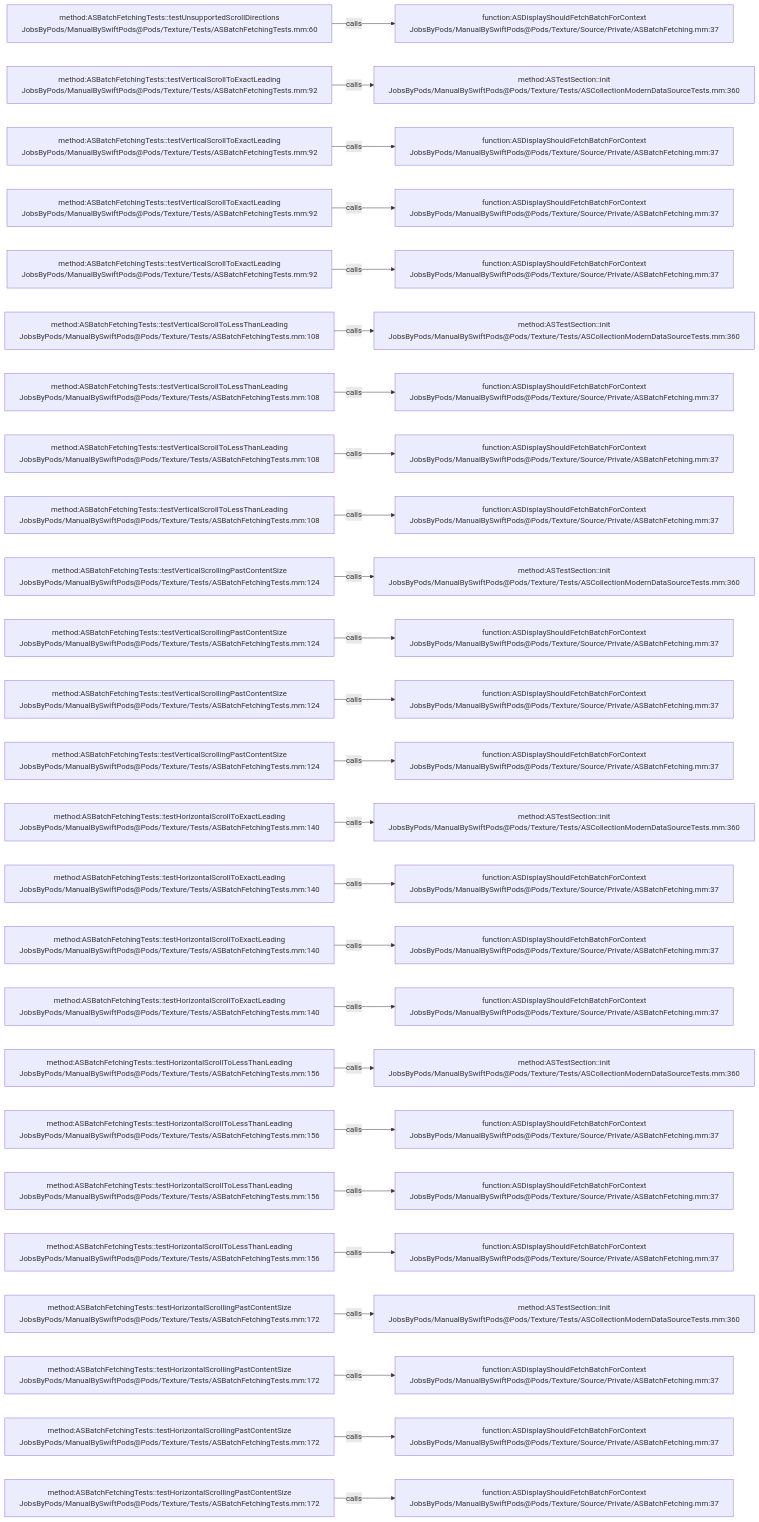
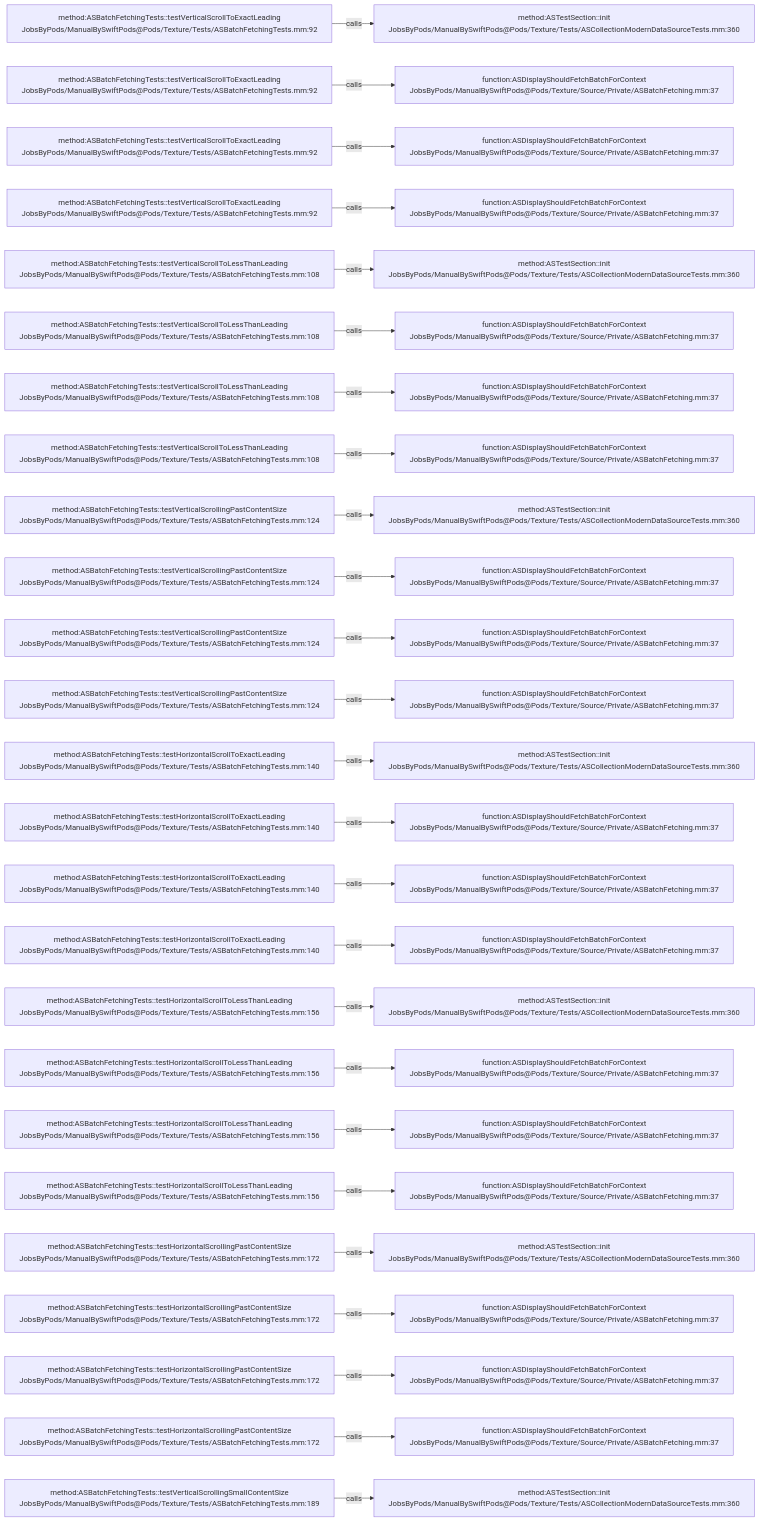
One commit to JobsKits/JobsSwiftBaseConfigDemo changed the diagram in .codegraph/codegraph.md/graphs/calls-162.md. Above: the diagram before and after it, drawn with Mermaid. The commit also changed 747 other files, not shown here.

````diff
--- a/.codegraph/codegraph.md/graphs/calls-162.md
+++ b/.codegraph/codegraph.md/graphs/calls-162.md
@@ -13,78 +13,78 @@
 ```mermaid
 flowchart LR
-  S1["method:ASBatchFetchingTests::testUnsupportedScrollDirections<br/>JobsByPods/ManualBySwiftPods@Pods/Texture/Tests/ASBatchFetchingTests.mm:60"]
-  T1["function:ASDisplayShouldFetchBatchForContext<br/>JobsByPods/ManualBySwiftPods@Pods/Texture/Source/Private/ASBatchFetching.mm:37"]
+  S1["method:ASBatchFetchingTests::testVerticalScrollToExactLeading<br/>JobsByPods/ManualBySwiftPods@Pods/Texture/Tests/ASBatchFetchingTests.mm:92"]
+  T1["method:ASTestSection::init<br/>JobsByPods/ManualBySwiftPods@Pods/Texture/Tests/ASCollectionModernDataSourceTests.mm:360"]
   S1 -->|calls| T1
   S2["method:ASBatchFetchingTests::testVerticalScrollToExactLeading<br/>JobsByPods/ManualBySwiftPods@Pods/Texture/Tests/ASBatchFetchingTests.mm:92"]
-  T2["method:ASTestSection::init<br/>JobsByPods/ManualBySwiftPods@Pods/Texture/Tests/ASCollectionModernDataSourceTests.mm:360"]
+  T2["function:ASDisplayShouldFetchBatchForContext<br/>JobsByPods/ManualBySwiftPods@Pods/Texture/Source/Private/ASBatchFetching.mm:37"]
   S2 -->|calls| T2
   S3["method:ASBatchFetchingTests::testVerticalScrollToExactLeading<br/>JobsByPods/ManualBySwiftPods@Pods/Texture/Tests/ASBatchFetchingTests.mm:92"]
   T3["function:ASDisplayShouldFetchBatchForContext<br/>JobsByPods/ManualBySwiftPods@Pods/Texture/Source/Private/ASBatchFetching.mm:37"]
   S3 -->|calls| T3
   S4["method:ASBatchFetchingTests::testVerticalScrollToExactLeading<br/>JobsByPods/ManualBySwiftPods@Pods/Texture/Tests/ASBatchFetchingTests.mm:92"]
   T4["function:ASDisplayShouldFetchBatchForContext<br/>JobsByPods/ManualBySwiftPods@Pods/Texture/Source/Private/ASBatchFetching.mm:37"]
   S4 -->|calls| T4
-  S5["method:ASBatchFetchingTests::testVerticalScrollToExactLeading<br/>JobsByPods/ManualBySwiftPods@Pods/Texture/Tests/ASBatchFetchingTests.mm:92"]
-  T5["function:ASDisplayShouldFetchBatchForContext<br/>JobsByPods/ManualBySwiftPods@Pods/Texture/Source/Private/ASBatchFetching.mm:37"]
+  S5["method:ASBatchFetchingTests::testVerticalScrollToLessThanLeading<br/>JobsByPods/ManualBySwiftPods@Pods/Texture/Tests/ASBatchFetchingTests.mm:108"]
+  T5["method:ASTestSection::init<br/>JobsByPods/ManualBySwiftPods@Pods/Texture/Tests/ASCollectionModernDataSourceTests.mm:360"]
   S5 -->|calls| T5
   S6["method:ASBatchFetchingTests::testVerticalScrollToLessThanLeading<br/>JobsByPods/ManualBySwiftPods@Pods/Texture/Tests/ASBatchFetchingTests.mm:108"]
-  T6["method:ASTestSection::init<br/>JobsByPods/ManualBySwiftPods@Pods/Texture/Tests/ASCollectionModernDataSourceTests.mm:360"]
+  T6["function:ASDisplayShouldFetchBatchForContext<br/>JobsByPods/ManualBySwiftPods@Pods/Texture/Source/Private/ASBatchFetching.mm:37"]
   S6 -->|calls| T6
   S7["method:ASBatchFetchingTests::testVerticalScrollToLessThanLeading<br/>JobsByPods/ManualBySwiftPods@Pods/Texture/Tests/ASBatchFetchingTests.mm:108"]
   T7["function:ASDisplayShouldFetchBatchForContext<br/>JobsByPods/ManualBySwiftPods@Pods/Texture/Source/Private/ASBatchFetching.mm:37"]
   S7 -->|calls| T7
   S8["method:ASBatchFetchingTests::testVerticalScrollToLessThanLeading<br/>JobsByPods/ManualBySwiftPods@Pods/Texture/Tests/ASBatchFetchingTests.mm:108"]
   T8["function:ASDisplayShouldFetchBatchForContext<br/>JobsByPods/ManualBySwiftPods@Pods/Texture/Source/Private/ASBatchFetching.mm:37"]
   S8 -->|calls| T8
-  S9["method:ASBatchFetchingTests::testVerticalScrollToLessThanLeading<br/>JobsByPods/ManualBySwiftPods@Pods/Texture/Tests/ASBatchFetchingTests.mm:108"]
-  T9["function:ASDisplayShouldFetchBatchForContext<br/>JobsByPods/ManualBySwiftPods@Pods/Texture/Source/Private/ASBatchFetching.mm:37"]
+  S9["method:ASBatchFetchingTests::testVerticalScrollingPastContentSize<br/>JobsByPods/ManualBySwiftPods@Pods/Texture/Tests/ASBatchFetchingTests.mm:124"]
+  T9["method:ASTestSection::init<br/>JobsByPods/ManualBySwiftPods@Pods/Texture/Tests/ASCollectionModernDataSourceTests.mm:360"]
   S9 -->|calls| T9
   S10["method:ASBatchFetchingTests::testVerticalScrollingPastContentSize<br/>JobsByPods/ManualBySwiftPods@Pods/Texture/Tests/ASBatchFetchingTests.mm:124"]
-  T10["method:ASTestSection::init<br/>JobsByPods/ManualBySwiftPods@Pods/Texture/Tests/ASCollectionModernDataSourceTests.mm:360"]
+  T10["function:ASDisplayShouldFetchBatchForContext<br/>JobsByPods/ManualBySwiftPods@Pods/Texture/Source/Private/ASBatchFetching.mm:37"]
   S10 -->|calls| T10
   S11["method:ASBatchFetchingTests::testVerticalScrollingPastContentSize<br/>JobsByPods/ManualBySwiftPods@Pods/Texture/Tests/ASBatchFetchingTests.mm:124"]
   T11["function:ASDisplayShouldFetchBatchForContext<br/>JobsByPods/ManualBySwiftPods@Pods/Texture/Source/Private/ASBatchFetching.mm:37"]
   S11 -->|calls| T11
   S12["method:ASBatchFetchingTests::testVerticalScrollingPastContentSize<br/>JobsByPods/ManualBySwiftPods@Pods/Texture/Tests/ASBatchFetchingTests.mm:124"]
   T12["function:ASDisplayShouldFetchBatchForContext<br/>JobsByPods/ManualBySwiftPods@Pods/Texture/Source/Private/ASBatchFetching.mm:37"]
   S12 -->|calls| T12
-  S13["method:ASBatchFetchingTests::testVerticalScrollingPastContentSize<br/>JobsByPods/ManualBySwiftPods@Pods/Texture/Tests/ASBatchFetchingTests.mm:124"]
-  T13["function:ASDisplayShouldFetchBatchForContext<br/>JobsByPods/ManualBySwiftPods@Pods/Texture/Source/Private/ASBatchFetching.mm:37"]
+  S13["method:ASBatchFetchingTests::testHorizontalScrollToExactLeading<br/>JobsByPods/ManualBySwiftPods@Pods/Texture/Tests/ASBatchFetchingTests.mm:140"]
+  T13["method:ASTestSection::init<br/>JobsByPods/ManualBySwiftPods@Pods/Texture/Tests/ASCollectionModernDataSourceTests.mm:360"]
   S13 -->|calls| T13
   S14["method:ASBatchFetchingTests::testHorizontalScrollToExactLeading<br/>JobsByPods/ManualBySwiftPods@Pods/Texture/Tests/ASBatchFetchingTests.mm:140"]
-  T14["method:ASTestSection::init<br/>JobsByPods/ManualBySwiftPods@Pods/Texture/Tests/ASCollectionModernDataSourceTests.mm:360"]
+  T14["function:ASDisplayShouldFetchBatchForContext<br/>JobsByPods/ManualBySwiftPods@Pods/Texture/Source/Private/ASBatchFetching.mm:37"]
   S14 -->|calls| T14
   S15["method:ASBatchFetchingTests::testHorizontalScrollToExactLeading<br/>JobsByPods/ManualBySwiftPods@Pods/Texture/Tests/ASBatchFetchingTests.mm:140"]
   T15["function:ASDisplayShouldFetchBatchForContext<br/>JobsByPods/ManualBySwiftPods@Pods/Texture/Source/Private/ASBatchFetching.mm:37"]
   S15 -->|calls| T15
   S16["method:ASBatchFetchingTests::testHorizontalScrollToExactLeading<br/>JobsByPods/ManualBySwiftPods@Pods/Texture/Tests/ASBatchFetchingTests.mm:140"]
   T16["function:ASDisplayShouldFetchBatchForContext<br/>JobsByPods/ManualBySwiftPods@Pods/Texture/Source/Private/ASBatchFetching.mm:37"]
   S16 -->|calls| T16
-  S17["method:ASBatchFetchingTests::testHorizontalScrollToExactLeading<br/>JobsByPods/ManualBySwiftPods@Pods/Texture/Tests/ASBatchFetchingTests.mm:140"]
-  T17["function:ASDisplayShouldFetchBatchForContext<br/>JobsByPods/ManualBySwiftPods@Pods/Texture/Source/Private/ASBatchFetching.mm:37"]
+  S17["method:ASBatchFetchingTests::testHorizontalScrollToLessThanLeading<br/>JobsByPods/ManualBySwiftPods@Pods/Texture/Tests/ASBatchFetchingTests.mm:156"]
+  T17["method:ASTestSection::init<br/>JobsByPods/ManualBySwiftPods@Pods/Texture/Tests/ASCollectionModernDataSourceTests.mm:360"]
   S17 -->|calls| T17
   S18["method:ASBatchFetchingTests::testHorizontalScrollToLessThanLeading<br/>JobsByPods/ManualBySwiftPods@Pods/Texture/Tests/ASBatchFetchingTests.mm:156"]
-  T18["method:ASTestSection::init<br/>JobsByPods/ManualBySwiftPods@Pods/Texture/Tests/ASCollectionModernDataSourceTests.mm:360"]
+  T18["function:ASDisplayShouldFetchBatchForContext<br/>JobsByPods/ManualBySwiftPods@Pods/Texture/Source/Private/ASBatchFetching.mm:37"]
   S18 -->|calls| T18
   S19["method:ASBatchFetchingTests::testHorizontalScrollToLessThanLeading<br/>JobsByPods/ManualBySwiftPods@Pods/Texture/Tests/ASBatchFetchingTests.mm:156"]
   T19["function:ASDisplayShouldFetchBatchForContext<br/>JobsByPods/ManualBySwiftPods@Pods/Texture/Source/Private/ASBatchFetching.mm:37"]
   S19 -->|calls| T19
   S20["method:ASBatchFetchingTests::testHorizontalScrollToLessThanLeading<br/>JobsByPods/ManualBySwiftPods@Pods/Texture/Tests/ASBatchFetchingTests.mm:156"]
   T20["function:ASDisplayShouldFetchBatchForContext<br/>JobsByPods/ManualBySwiftPods@Pods/Texture/Source/Private/ASBatchFetching.mm:37"]
   S20 -->|calls| T20
-  S21["method:ASBatchFetchingTests::testHorizontalScrollToLessThanLeading<br/>JobsByPods/ManualBySwiftPods@Pods/Texture/Tests/ASBatchFetchingTests.mm:156"]
-  T21["function:ASDisplayShouldFetchBatchForContext<br/>JobsByPods/ManualBySwiftPods@Pods/Texture/Source/Private/ASBatchFetching.mm:37"]
+  S21["method:ASBatchFetchingTests::testHorizontalScrollingPastContentSize<br/>JobsByPods/ManualBySwiftPods@Pods/Texture/Tests/ASBatchFetchingTests.mm:172"]
+  T21["method:ASTestSection::init<br/>JobsByPods/ManualBySwiftPods@Pods/Texture/Tests/ASCollectionModernDataSourceTests.mm:360"]
   S21 -->|calls| T21
   S22["method:ASBatchFetchingTests::testHorizontalScrollingPastContentSize<br/>JobsByPods/ManualBySwiftPods@Pods/Texture/Tests/ASBatchFetchingTests.mm:172"]
-  T22["method:ASTestSection::init<br/>JobsByPods/ManualBySwiftPods@Pods/Texture/Tests/ASCollectionModernDataSourceTests.mm:360"]
+  T22["function:ASDisplayShouldFetchBatchForContext<br/>JobsByPods/ManualBySwiftPods@Pods/Texture/Source/Private/ASBatchFetching.mm:37"]
   S22 -->|calls| T22
   S23["method:ASBatchFetchingTests::testHorizontalScrollingPastContentSize<br/>JobsByPods/ManualBySwiftPods@Pods/Texture/Tests/ASBatchFetchingTests.mm:172"]
   T23["function:ASDisplayShouldFetchBatchForContext<br/>JobsByPods/ManualBySwiftPods@Pods/Texture/Source/Private/ASBatchFetching.mm:37"]
   S23 -->|calls| T23
   S24["method:ASBatchFetchingTests::testHorizontalScrollingPastContentSize<br/>JobsByPods/ManualBySwiftPods@Pods/Texture/Tests/ASBatchFetchingTests.mm:172"]
   T24["function:ASDisplayShouldFetchBatchForContext<br/>JobsByPods/ManualBySwiftPods@Pods/Texture/Source/Private/ASBatchFetching.mm:37"]
   S24 -->|calls| T24
-  S25["method:ASBatchFetchingTests::testHorizontalScrollingPastContentSize<br/>JobsByPods/ManualBySwiftPods@Pods/Texture/Tests/ASBatchFetchingTests.mm:172"]
-  T25["function:ASDisplayShouldFetchBatchForContext<br/>JobsByPods/ManualBySwiftPods@Pods/Texture/Source/Private/ASBatchFetching.mm:37"]
+  S25["method:ASBatchFetchingTests::testVerticalScrollingSmallContentSize<br/>JobsByPods/ManualBySwiftPods@Pods/Texture/Tests/ASBatchFetchingTests.mm:189"]
+  T25["method:ASTestSection::init<br/>JobsByPods/ManualBySwiftPods@Pods/Texture/Tests/ASCollectionModernDataSourceTests.mm:360"]
   S25 -->|calls| T25
 ```
````
